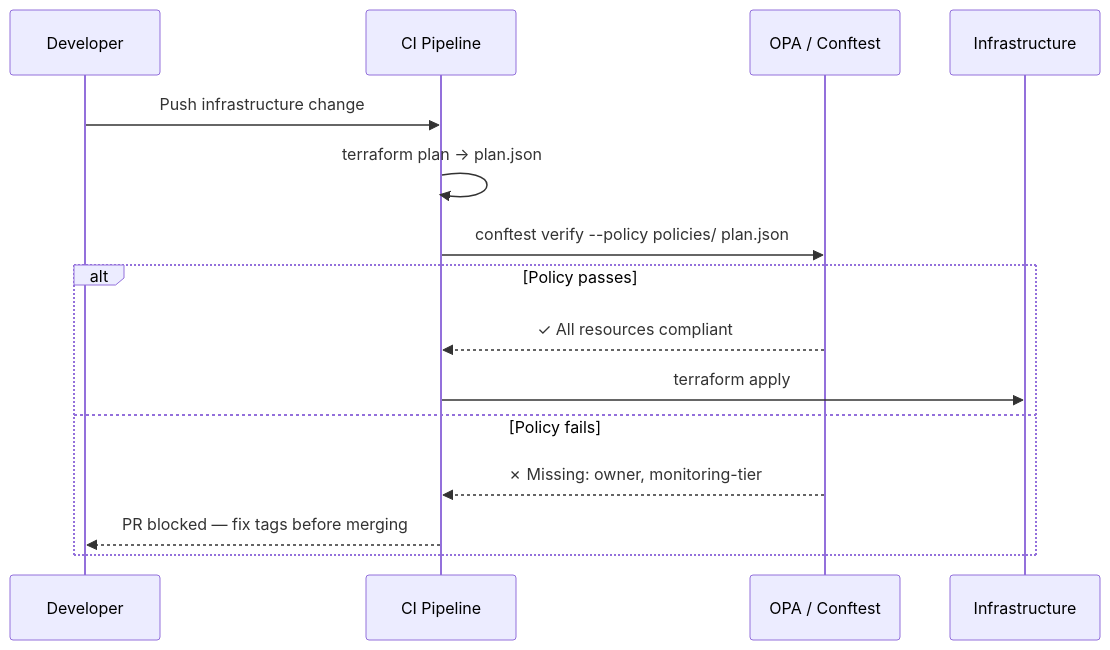
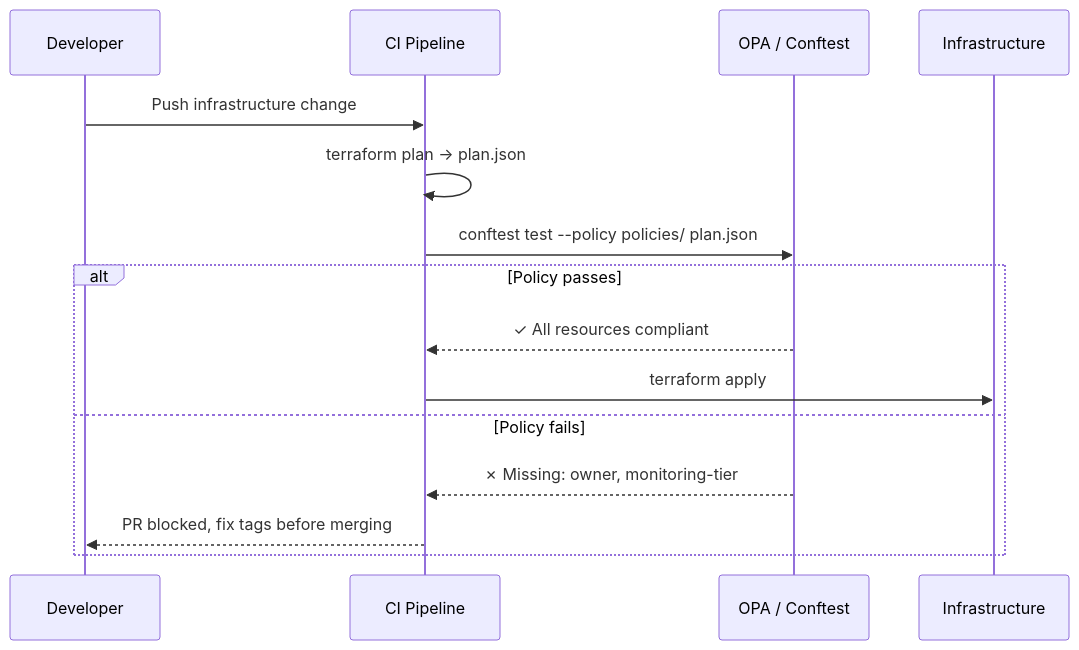
One commit to radra23/scryops-site changed the diagram in content/articles/opa-observability-governance.md. Above: the diagram before and after it, drawn with Mermaid. The commit also changed other lines of this file and 2 other files, not shown here.

First line of the commit message:
content: fix and publish the OPA tag-governance article

```diff
--- a/content/articles/opa-observability-governance.md
+++ b/content/articles/opa-observability-governance.md
@@ -37,18 +34,18 @@
 {{< mermaid >}}
 sequenceDiagram
     participant Dev as Developer
     participant CI as CI Pipeline
     participant OPA as OPA / Conftest
     participant Infra as Infrastructure
 
     Dev->>CI: Push infrastructure change
     CI->>CI: terraform plan → plan.json
-    CI->>OPA: conftest verify --policy policies/ plan.json
+    CI->>OPA: conftest test --policy policies/ plan.json
     alt Policy passes
         OPA-->>CI: ✓ All resources compliant
         CI->>Infra: terraform apply
     else Policy fails
         OPA-->>CI: ✗ Missing: owner, monitoring-tier
-        CI-->>Dev: PR blocked — fix tags before merging
+        CI-->>Dev: PR blocked, fix tags before merging
     end
 {{< /mermaid >}}
```
